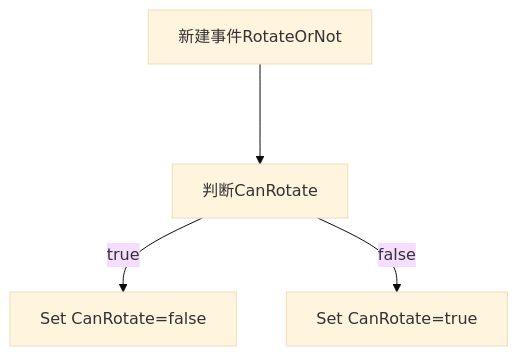
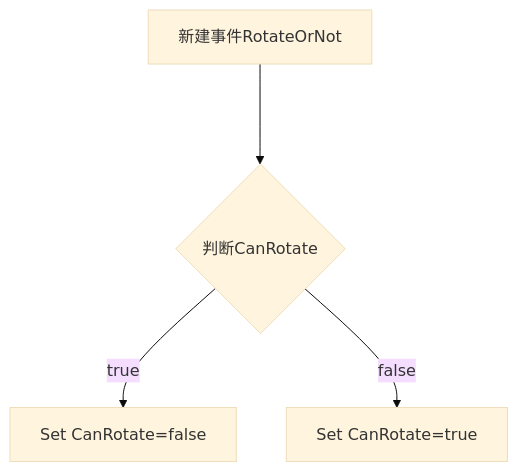
The second of 3 diagrams in docs/ue/novice/actorRotation.md (tapirian/blog), drawn with Mermaid (base theme) before and after one commit. The commit also changed other lines of this file and 3 other files, not shown here.

````diff
--- a/docs/ue/novice/actorRotation.md
+++ b/docs/ue/novice/actorRotation.md
@@ -24,5 +24,5 @@
 ```mermaid
 graph TD
-A[新建事件RotateOrNot] ---> B[判断CanRotate] --true--> C[Set CanRotate=false] 
+A[新建事件RotateOrNot] ---> B{判断CanRotate} --true--> C[Set CanRotate=false] 
 B--false--> J[Set CanRotate=true]
 ```
````
